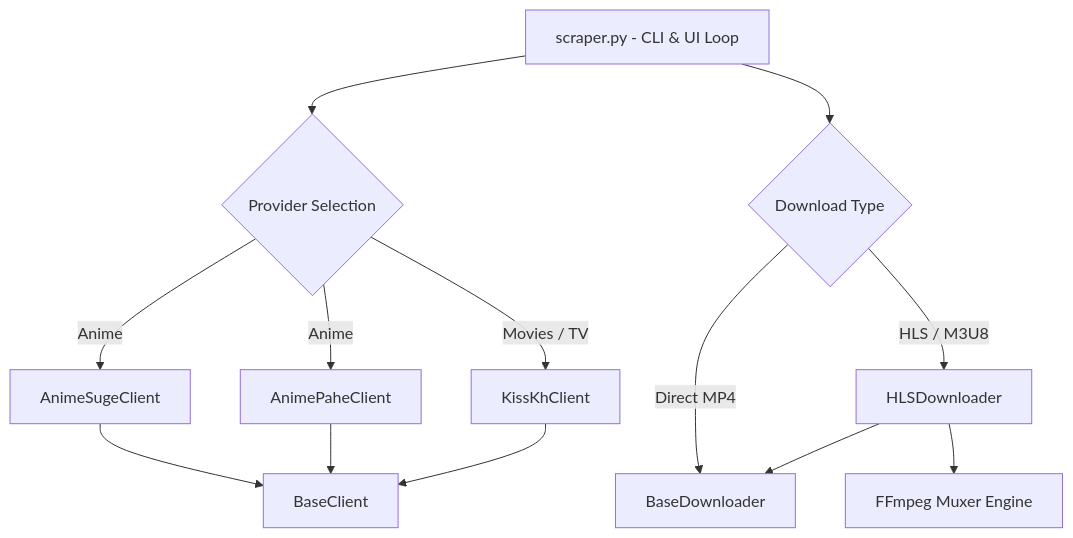
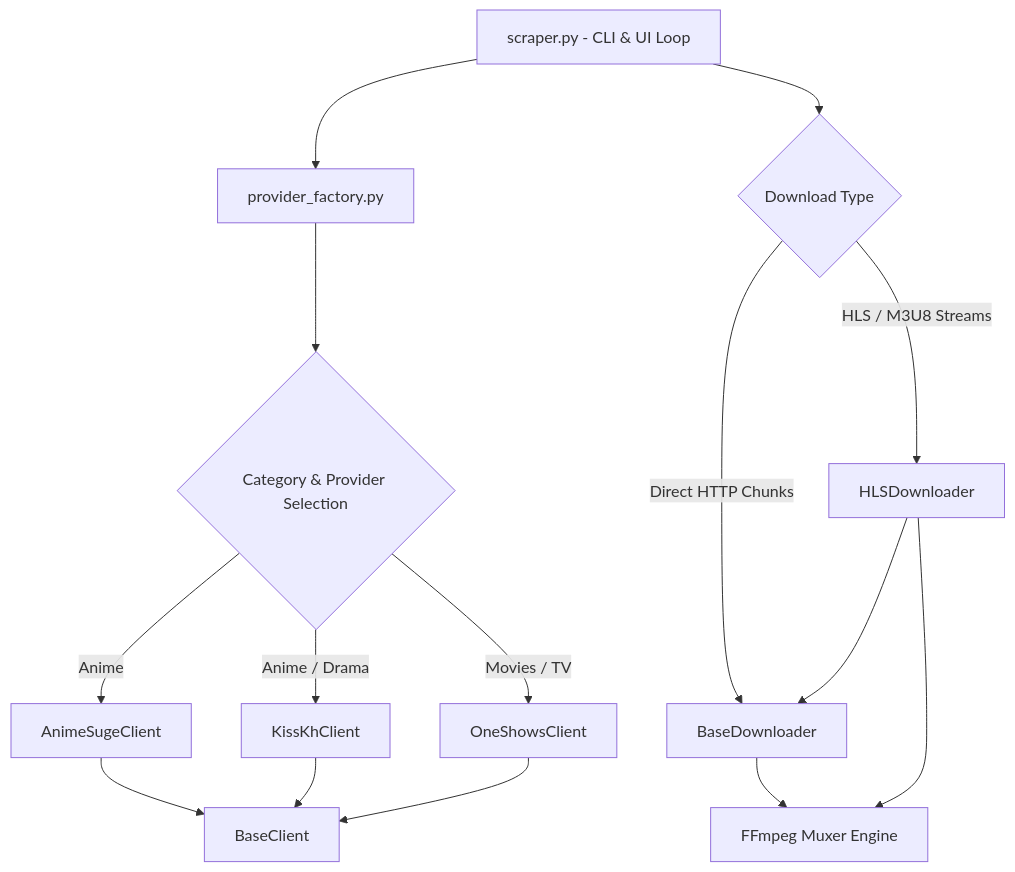
The diagram in Doc.md (th3mw/CLI_DOWNLOADER), drawn with Mermaid before and after one commit. The commit also changed other lines of this file and 6 other files, not shown here.

Commit message:
fix: resolve NoneType block_size, quickjs dependency, and purge AnimePahe

````diff
--- a/Doc.md
+++ b/Doc.md
@@ -11,18 +11,20 @@
 ```mermaid
 flowchart TD
-    CLI[scraper.py - CLI & UI Loop] --> ClientChoice{Provider Selection}
+    CLI[scraper.py - CLI & UI Loop] --> Factory[provider_factory.py]
+    Factory --> ClientChoice{Category & Provider Selection}
     ClientChoice -->|Anime| AnimeSuge[AnimeSugeClient]
-    ClientChoice -->|Anime| AnimePahe[AnimePaheClient]
-    ClientChoice -->|Movies / TV| KissKh[KissKhClient]
+    ClientChoice -->|Anime / Drama| KissKh[KissKhClient]
+    ClientChoice -->|Movies / TV| OneShows[OneShowsClient]
     
     AnimeSuge --> BaseClient[BaseClient]
-    AnimePahe --> BaseClient
     KissKh --> BaseClient
+    OneShows --> BaseClient
 
     CLI --> DownloaderChoice{Download Type}
-    DownloaderChoice -->|Direct MP4| BaseDownloader[BaseDownloader]
-    DownloaderChoice -->|HLS / M3U8| HLSDownloader[HLSDownloader]
+    DownloaderChoice -->|Direct HTTP Chunks| BaseDownloader[BaseDownloader]
+    DownloaderChoice -->|HLS / M3U8 Streams| HLSDownloader[HLSDownloader]
     
     HLSDownloader --> BaseDownloader
     HLSDownloader --> FFmpeg[FFmpeg Muxer Engine]
+    BaseDownloader --> FFmpeg
 ```
````
